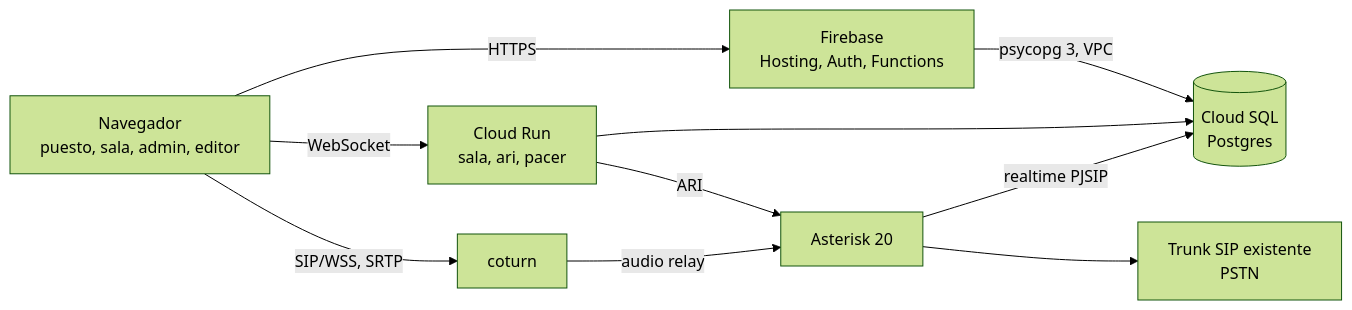
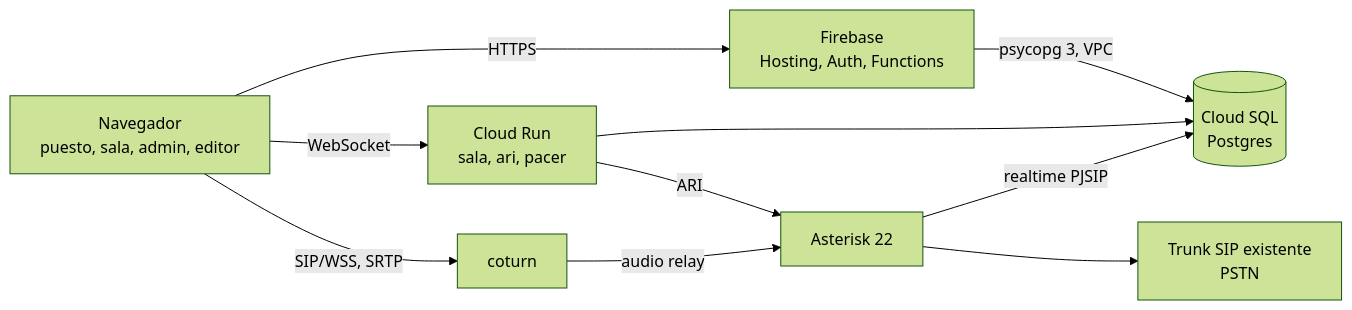
One commit to araujomelogno/invoke2 changed the diagram in docs/decisiones.md. Above: the diagram before and after it, drawn with Mermaid (forest theme). The commit also changed other lines of this file and 11 other files, not shown here.

````diff
--- a/docs/decisiones.md
+++ b/docs/decisiones.md
@@ -19,12 +19,12 @@
 ```mermaid
 flowchart LR
   N[Navegador<br/>puesto, sala, admin, editor] -->|HTTPS| F[Firebase<br/>Hosting, Auth, Functions]
   N -->|WebSocket| CR[Cloud Run<br/>sala, ari, pacer]
   N -->|SIP/WSS, SRTP| T[coturn]
-  T -->|audio relay| A[Asterisk 20]
+  T -->|audio relay| A[Asterisk 22]
   F -->|psycopg 3, VPC| PG[(Cloud SQL<br/>Postgres)]
   CR --> PG
   CR -->|ARI| A
   A -->|realtime PJSIP| PG
   A --> TR[Trunk SIP existente<br/>PSTN]
 ```
````
